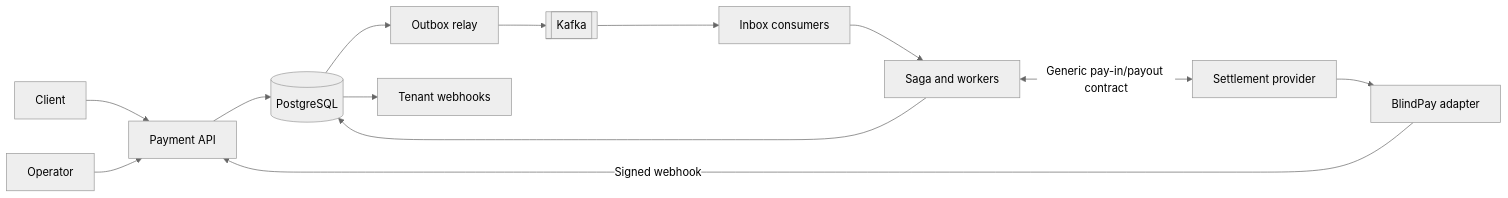
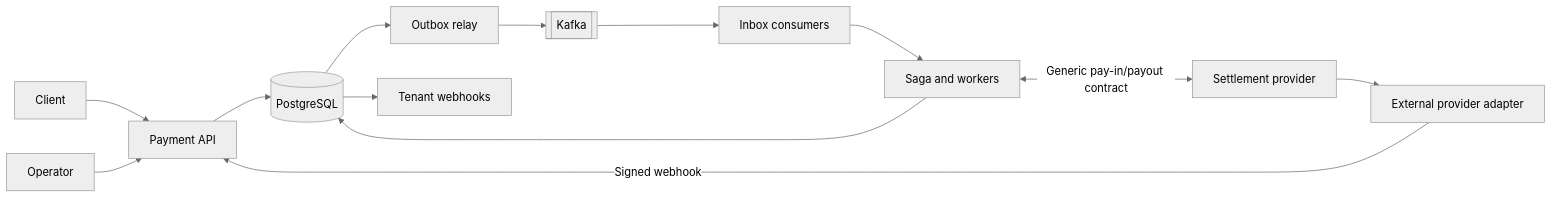
Before and after one commit to lancechuangdev/StableRail: the first of 4 diagrams in README.md, drawn with Mermaid (neutral theme). The commit also changed other lines of this file and 22 other files, not shown here.

````diff
--- a/README.md
+++ b/README.md
@@ -20,15 +20,15 @@
 ```mermaid
 flowchart LR
     Client[Client] --> API[Payment API]
     Operator[Operator] --> API
     API --> DB[(PostgreSQL)]
     DB --> Relay[Outbox relay]
     Relay --> Kafka[[Kafka]]
     Kafka --> Consumers[Inbox consumers]
     Consumers --> Saga[Saga and workers]
     Saga --> DB
     Saga <-->|Generic pay-in/payout contract| Provider[Settlement provider]
-    Provider --> BlindPay[BlindPay adapter]
-    BlindPay -->|Signed webhook| API
+    Provider --> External[External provider adapter]
+    External -->|Signed webhook| API
     DB --> Webhooks[Tenant webhooks]
 ```
````
